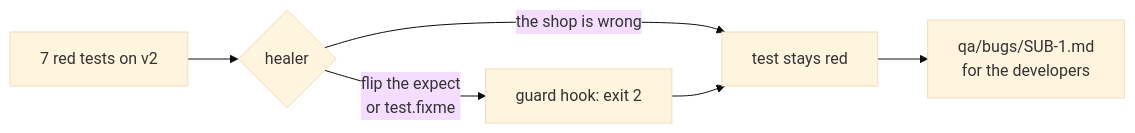
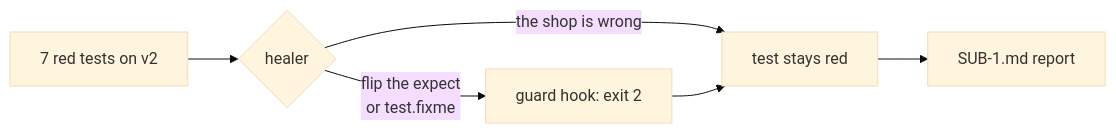
One commit to learnwithparam/agentic-qa-workshop changed the diagram in parts/03-keep-the-suite-healthy/02-stop-the-healer-hiding-a-bug/problem/README.md. Above: the diagram before and after it, drawn with Mermaid (base theme). The commit also changed other lines of this file and 298 other files, not shown here.

````diff
--- a/parts/03-keep-the-suite-healthy/02-stop-the-healer-hiding-a-bug/problem/README.md
+++ b/parts/03-keep-the-suite-healthy/02-stop-the-healer-hiding-a-bug/problem/README.md
@@ -15,8 +7,8 @@
 ```mermaid
 flowchart LR
   R[7 red tests on v2] --> H{healer}
   H -->|flip the expect<br/>or test.fixme| G[guard hook: exit 2]
   H -->|the shop is wrong| K[test stays red]
   G --> K
-  K --> B[qa/bugs/SUB-1.md<br/>for the developers]
+  K --> B[SUB-1.md report]
 ```
````
